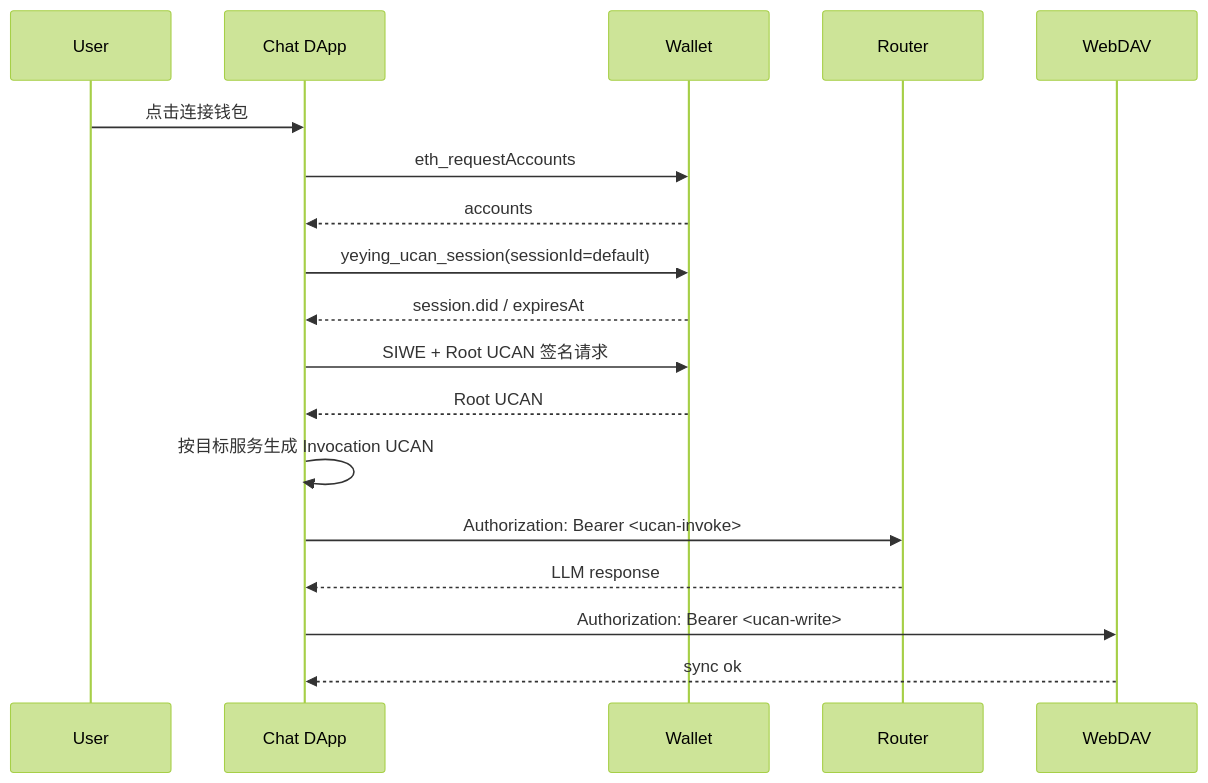
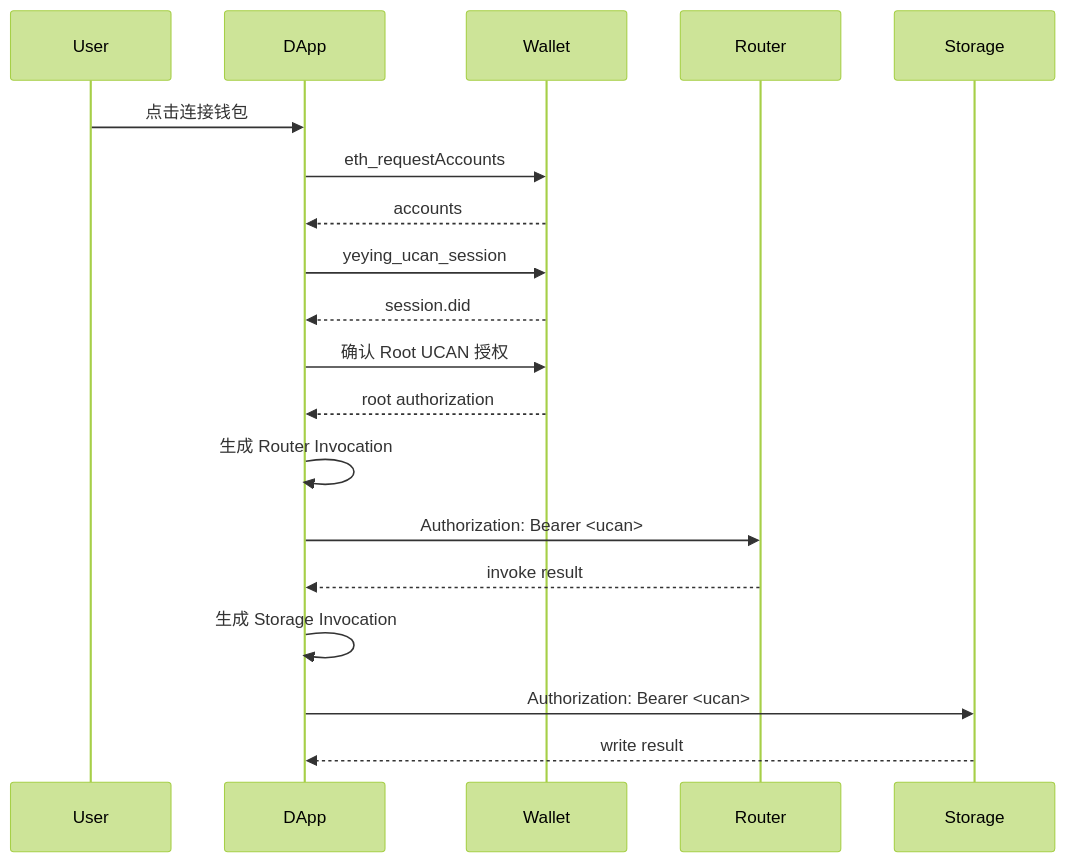
One commit to yeying-community/wallet changed the diagram in docs/UCAN协议说明.md. Above: the diagram before and after it, drawn with Mermaid (forest theme). The commit also changed other lines of this file and 1 other file, not shown here.

Commit message:
docs: refine SIWE and UCAN protocol guides

````diff
--- a/docs/UCAN协议说明.md
+++ b/docs/UCAN协议说明.md
@@ -215,25 +865,26 @@
 ```mermaid
 sequenceDiagram
   participant U as User
-  participant C as Chat DApp
+  participant A as DApp
   participant W as Wallet
   participant R as Router
-  participant D as WebDAV
+  participant D as Storage
 
-  U->>C: 点击连接钱包
-  C->>W: eth_requestAccounts
-  W-->>C: accounts
+  U->>A: 点击连接钱包
+  A->>W: eth_requestAccounts
+  W-->>A: accounts
 
-  C->>W: yeying_ucan_session(sessionId=default)
-  W-->>C: session.did / expiresAt
+  A->>W: yeying_ucan_session
+  W-->>A: session.did
 
-  C->>W: SIWE + Root UCAN 签名请求
-  W-->>C: Root UCAN
+  A->>W: 确认 Root UCAN 授权
+  W-->>A: root authorization
 
-  C->>C: 按目标服务生成 Invocation UCAN
-  C->>R: Authorization: Bearer <ucan-invoke>
-  R-->>C: LLM response
+  A->>A: 生成 Router Invocation
+  A->>R: Authorization: Bearer <ucan>
+  R-->>A: invoke result
 
-  C->>D: Authorization: Bearer <ucan-write>
-  D-->>C: sync ok
+  A->>A: 生成 Storage Invocation
+  A->>D: Authorization: Bearer <ucan>
+  D-->>A: write result
 ```
````
